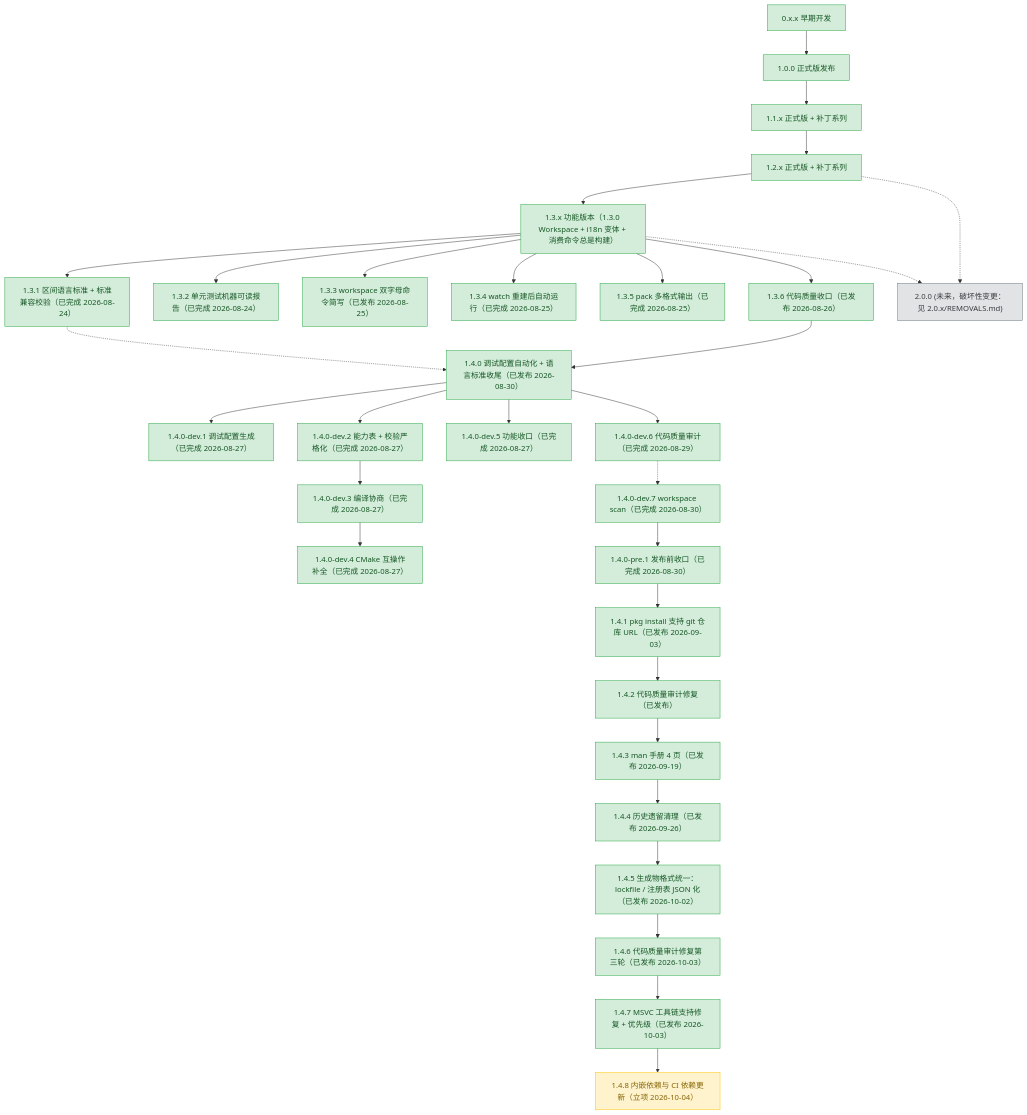
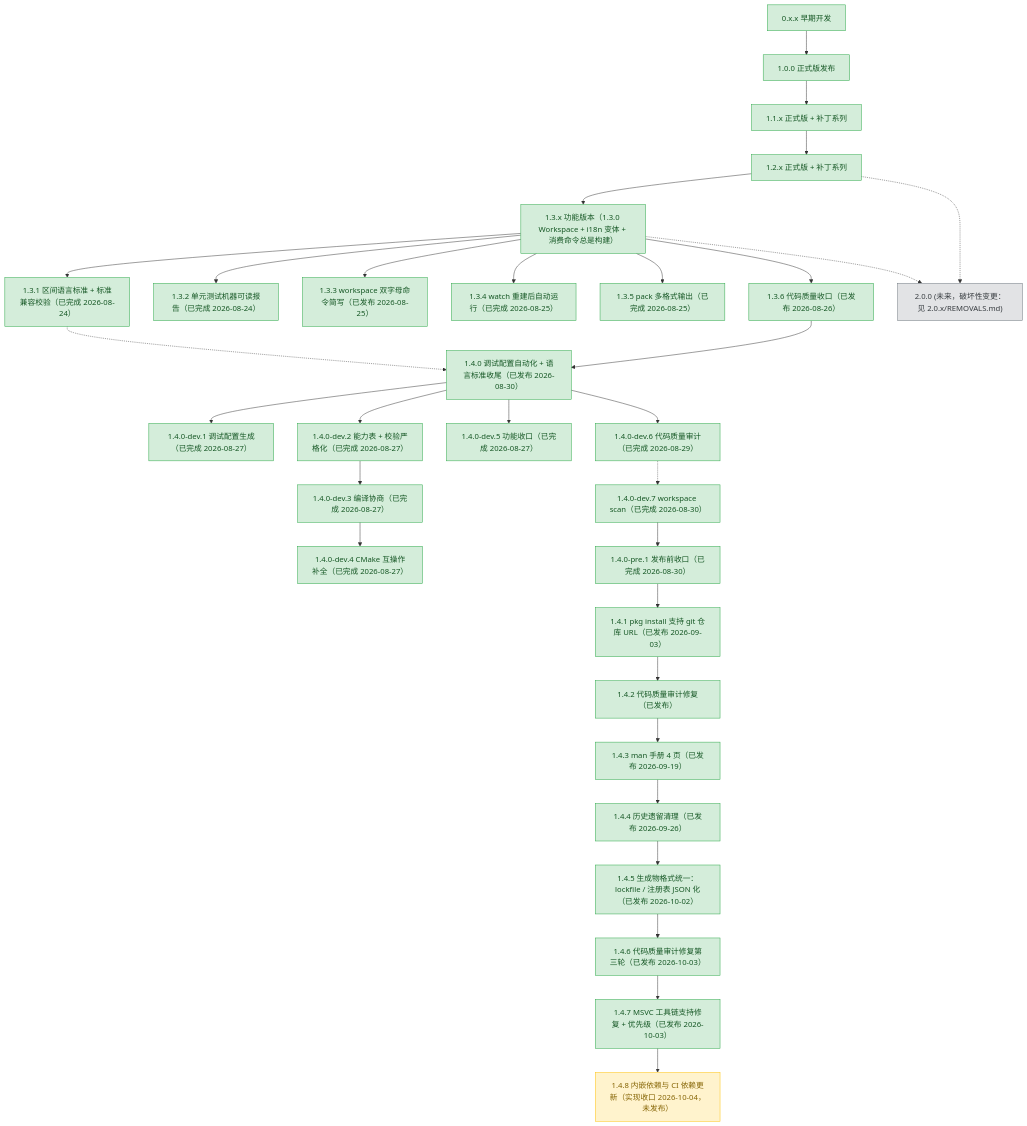
Before and after one commit to 3667808244/EazyMake: the diagram in plans/README.md, drawn with Mermaid. The commit also changed other lines of this file and 6 other files, not shown here.

```diff
--- a/plans/README.md
+++ b/plans/README.md
@@ -102,7 +102,7 @@
     v145p["1.4.5 生成物格式统一：lockfile / 注册表 JSON 化（已发布 2026-10-02）"]
     v146p["1.4.6 代码质量审计修复第三轮（已发布 2026-10-03）"]
     v147p["1.4.7 MSVC 工具链支持修复 + 优先级（已发布 2026-10-03）"]
-    v148p["1.4.8 内嵌依赖与 CI 依赖更新（立项 2026-10-04）"]
+    v148p["1.4.8 内嵌依赖与 CI 依赖更新（实现收口 2026-10-04，未发布）"]
     v200["2.0.0 (未来，破坏性变更：见 2.0.x/REMOVALS.md)"]
 
     v0xx --> v100
```
